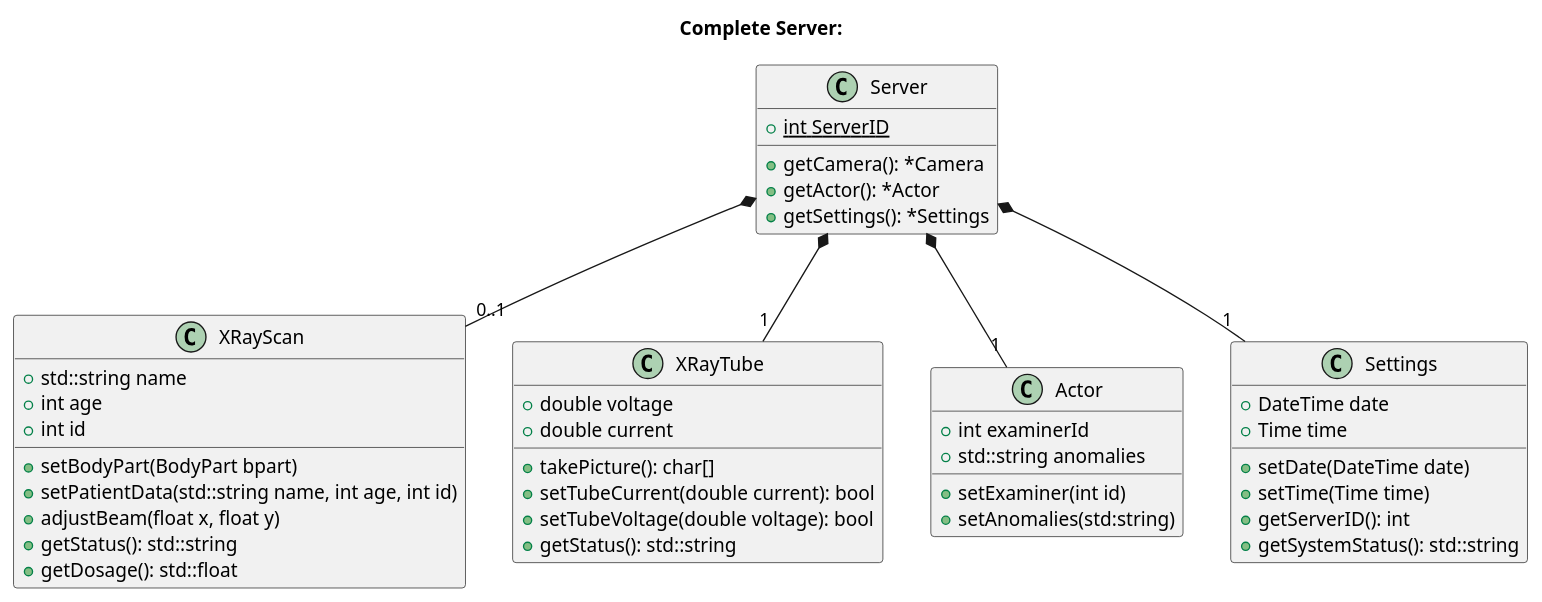
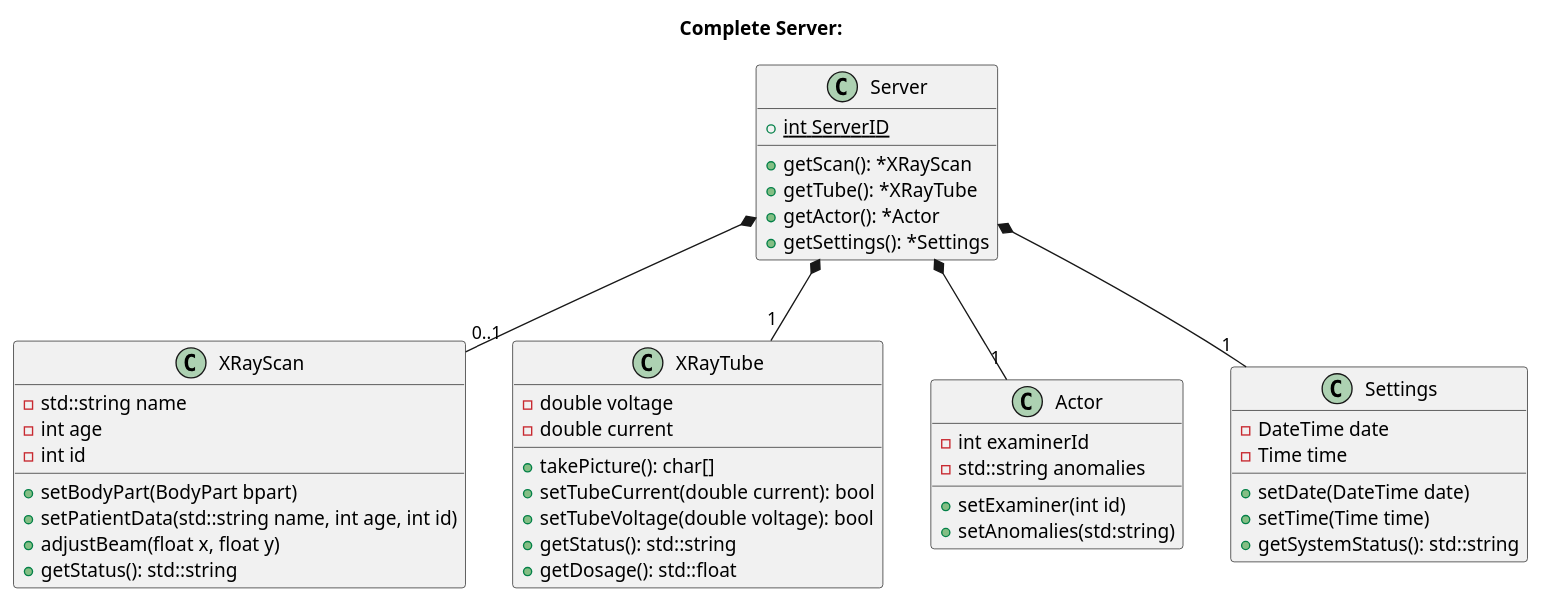
One commit to a-kuntz/JsonRPC changed the fourth of 4 diagrams in workshop/doc/system_copy.md. Above: the diagram before and after it, drawn with PlantUML. The commit also changed other lines of this file and 15 other files, not shown here.

````diff
--- a/workshop/doc/system_copy.md
+++ b/workshop/doc/system_copy.md
@@ -129,47 +129,47 @@
 ```puml
 @startuml
 title "Complete Server:"
 class Server{
     + {static} int ServerID
-    +getCamera(): *Camera
+    +getScan(): *XRayScan
+    +getTube(): *XRayTube
     +getActor(): *Actor
     +getSettings(): *Settings
 }
 class XRayScan{
-    +std::string name
-    +int age
-    +int id
+    -std::string name
+    -int age
+    -int id
     +setBodyPart(BodyPart bpart)
     +setPatientData(std::string name, int age, int id)
     +adjustBeam(float x, float y)
     +getStatus(): std::string
-    +getDosage(): std::float
     }
 class XRayTube{
-    +double voltage
-    +double current
+    -double voltage
+    -double current
     +takePicture(): char[]
     +setTubeCurrent(double current): bool
     +setTubeVoltage(double voltage): bool
-    +getStatus(): std::string
+    +getStatus(): std::string    
+    +getDosage(): std::float
 }
 class Actor{
-    +int examinerId
-    +std::string anomalies
+    -int examinerId
+    -std::string anomalies
     +setExaminer(int id)
     +setAnomalies(std:string)
 }
 class Settings{
-    +DateTime date
-    +Time time
+    -DateTime date
+    -Time time
     +setDate(DateTime date)
     +setTime(Time time)
-    +getServerID(): int
     +getSystemStatus(): std::string
 }
 Server *-- "1" XRayTube
 Server *-- "1" Actor
 Server *-- "0..1" XRayScan
 Server *-- "1" Settings
 @enduml
 ```
````
